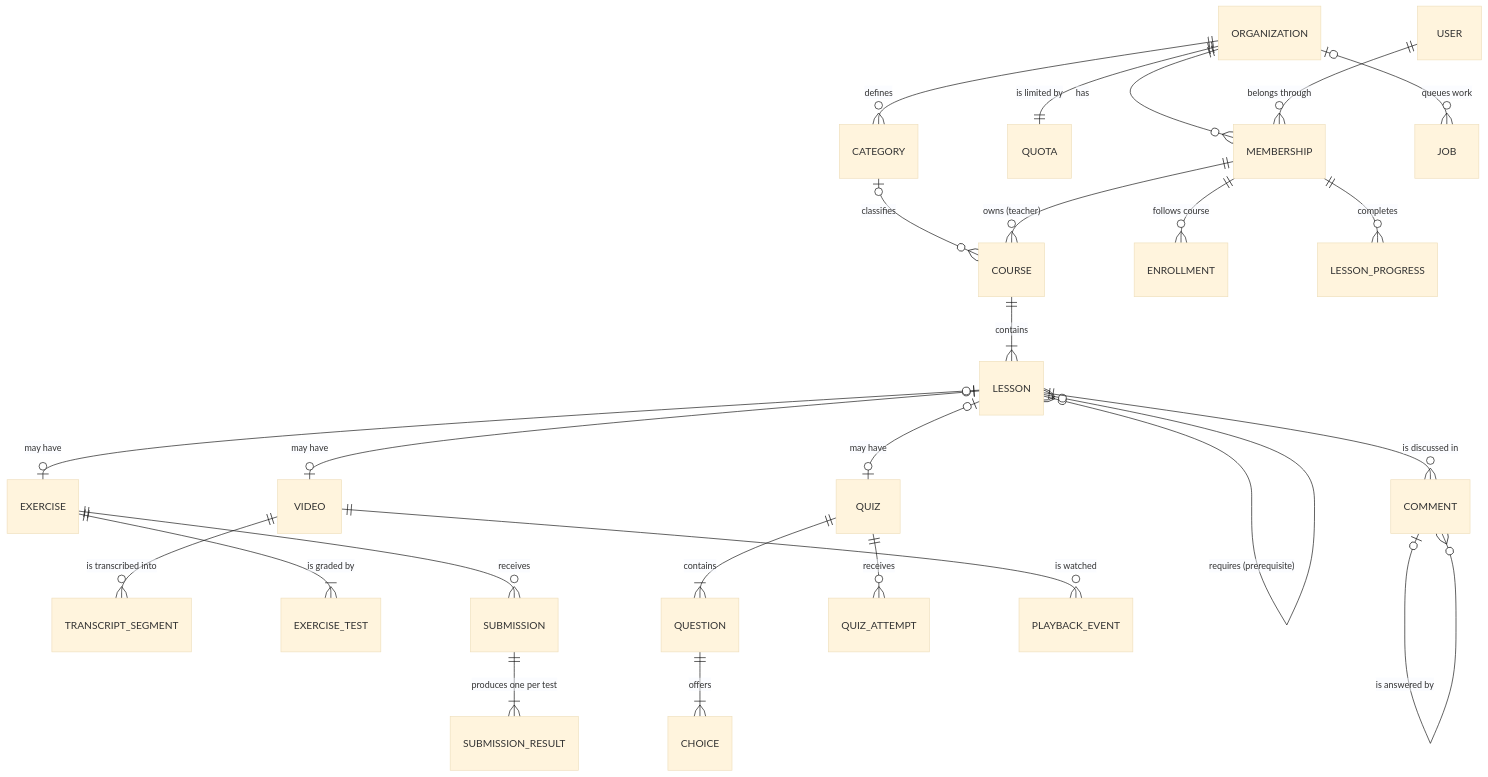
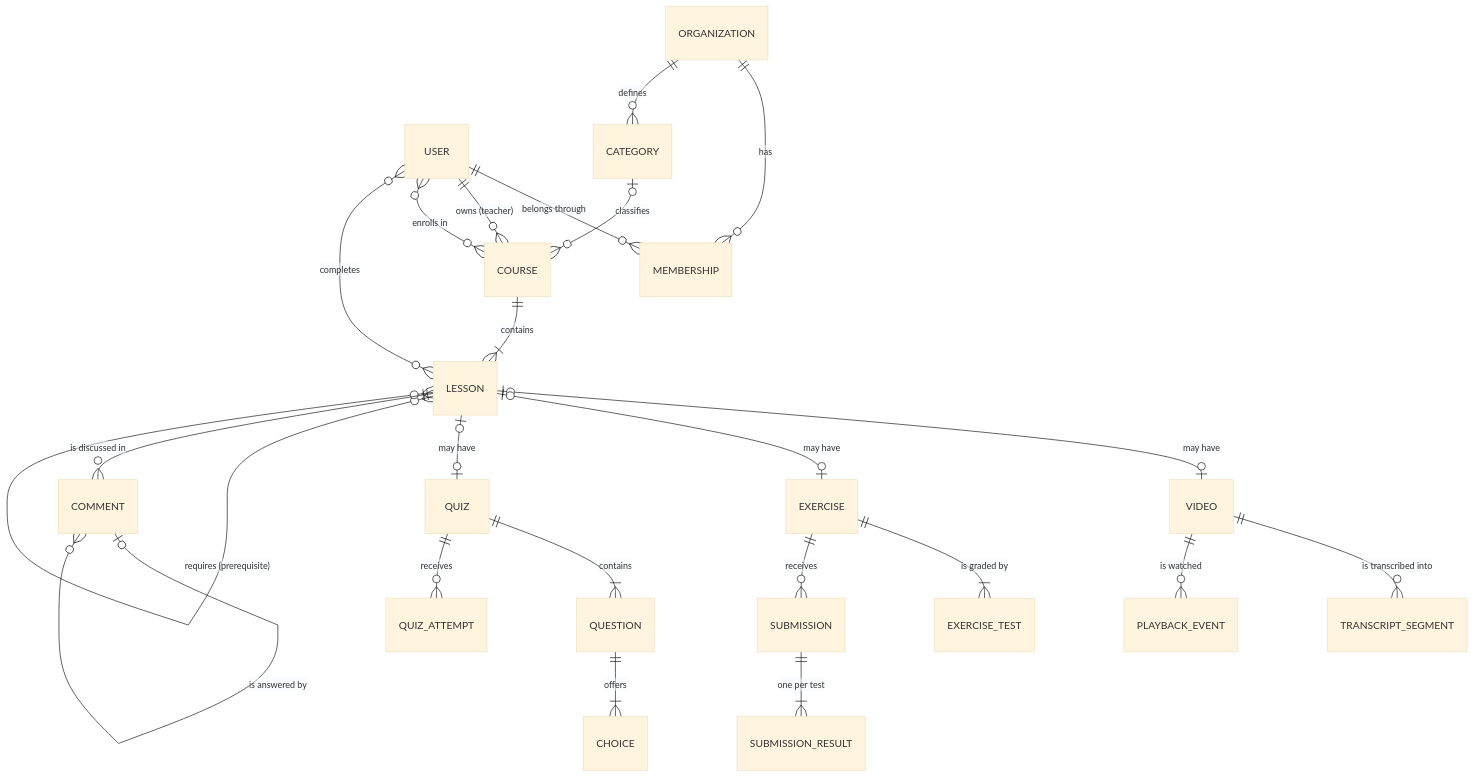
One commit to lucaszebre/ANNUALPROJECT-IWJ3 changed the first of 6 diagrams in docs/data-model.md. Above: the diagram before and after it, drawn with Mermaid (base theme). The commit also changed other lines of this file and 2 other files, not shown here.

````diff
--- a/docs/data-model.md
+++ b/docs/data-model.md
@@ -34,27 +19,25 @@
 ```mermaid
 erDiagram
     ORGANIZATION ||--o{ MEMBERSHIP : has
     USER ||--o{ MEMBERSHIP : "belongs through"
-    ORGANIZATION ||--|| QUOTA : "is limited by"
     ORGANIZATION ||--o{ CATEGORY : defines
     CATEGORY |o--o{ COURSE : classifies
-    MEMBERSHIP ||--o{ COURSE : "owns (teacher)"
+    USER ||--o{ COURSE : "owns (teacher)"
     COURSE ||--|{ LESSON : contains
     LESSON |o--o| VIDEO : "may have"
     LESSON |o--o| EXERCISE : "may have"
     LESSON |o--o| QUIZ : "may have"
     LESSON }o--o{ LESSON : "requires (prerequisite)"
     VIDEO ||--o{ TRANSCRIPT_SEGMENT : "is transcribed into"
     LESSON ||--o{ COMMENT : "is discussed in"
     COMMENT |o--o{ COMMENT : "is answered by"
     EXERCISE ||--|{ EXERCISE_TEST : "is graded by"
     EXERCISE ||--o{ SUBMISSION : receives
-    SUBMISSION ||--|{ SUBMISSION_RESULT : "produces one per test"
+    SUBMISSION ||--|{ SUBMISSION_RESULT : "one per test"
     QUIZ ||--|{ QUESTION : contains
     QUESTION ||--|{ CHOICE : offers
     QUIZ ||--o{ QUIZ_ATTEMPT : receives
-    MEMBERSHIP ||--o{ ENROLLMENT : "follows course"
-    MEMBERSHIP ||--o{ LESSON_PROGRESS : completes
+    USER }o--o{ COURSE : "enrolls in"
+    USER }o--o{ LESSON : completes
     VIDEO ||--o{ PLAYBACK_EVENT : "is watched"
-    ORGANIZATION |o--o{ JOB : "queues work"
 ```
````
